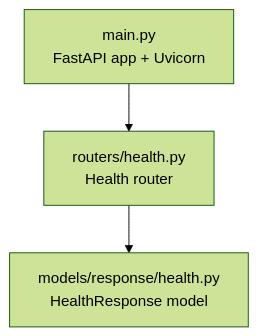
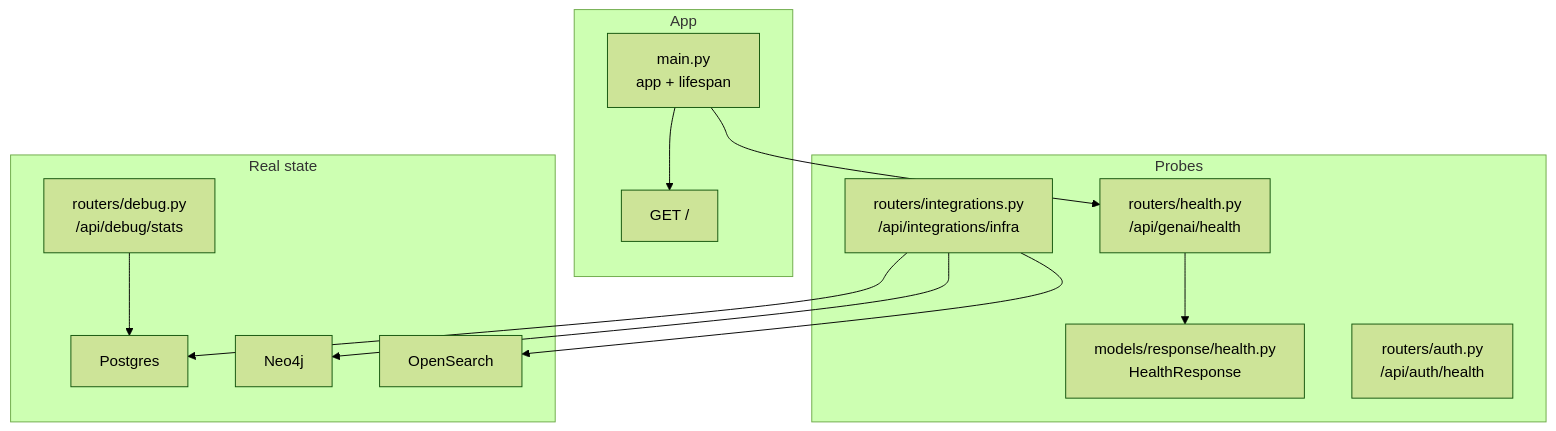
One commit to tashifkhan/tashif.codes changed the first of 5 diagrams in src/data/docs/agentic-browser/API Server/Health and Monitoring API.md. Above: the diagram before and after it, drawn with Mermaid (forest theme). The commit also changed other lines of this file and 114 other files, not shown here.

````diff
--- a/src/data/docs/agentic-browser/API Server/Health and Monitoring API.md
+++ b/src/data/docs/agentic-browser/API Server/Health and Monitoring API.md
@@ -9,5 +17,26 @@
 ```mermaid
 graph TB
-A["main.py<br/>FastAPI app + Uvicorn"] --> D["routers/health.py<br/>Health router"]
-D --> E["models/response/health.py<br/>HealthResponse model"]
+  subgraph "Probes"
+    H["routers/health.py<br/>/api/genai/health"]
+    RH["models/response/health.py<br/>HealthResponse"]
+    AH["routers/auth.py<br/>/api/auth/health"]
+    INF["routers/integrations.py<br/>/api/integrations/infra"]
+  end
+  subgraph "App"
+    MAIN["main.py<br/>app + lifespan"]
+    ROOT["GET /"]
+  end
+  subgraph "Real state"
+    DBG["routers/debug.py<br/>/api/debug/stats"]
+    PG["Postgres"]
+    N4["Neo4j"]
+    OS["OpenSearch"]
+  end
+  H --> RH
+  MAIN --> H
+  MAIN --> ROOT
+  INF --> PG
+  INF --> N4
+  INF --> OS
+  DBG --> PG
 ```
````
